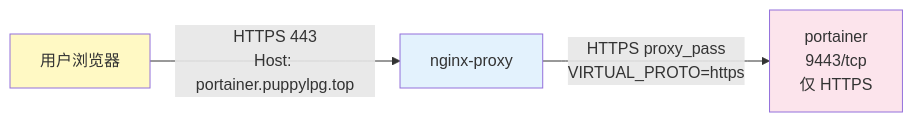
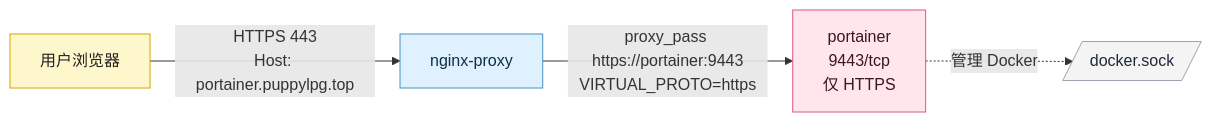
Before and after one commit to puppylpg/puppylpg.github.io: the sixth of 10 diagrams in _ai/2026-06-08-vps-docker-panorama-v2ray-v4-to-v5-upgrade.md, drawn with Mermaid. The commit also changed other lines of this file, not shown here.

Commit message:
docs: optimize Mermaid diagrams for VPS Docker overview

````diff
--- a/_ai/2026-06-08-vps-docker-panorama-v2ray-v4-to-v5-upgrade.md
+++ b/_ai/2026-06-08-vps-docker-panorama-v2ray-v4-to-v5-upgrade.md
@@ -111,9 +195,20 @@
 ```mermaid
 flowchart LR
-    A[用户浏览器] -->|HTTPS 443<br/>Host: portainer.puppylpg.top| B[nginx-proxy]
-    B -->|HTTPS proxy_pass<br/>VIRTUAL_PROTO=https| C[portainer<br/>9443/tcp<br/>仅 HTTPS]
+    browser[用户浏览器]
+    proxy[nginx-proxy]
+    portainer[portainer<br/>9443/tcp<br/>仅 HTTPS]
+    docker_sock[/docker.sock/]
 
-    style A fill:#fff9c4
-    style B fill:#e3f2fd
-    style C fill:#fce4ec
+    browser -->|HTTPS 443<br/>Host: portainer.puppylpg.top| proxy
+    proxy -->|proxy_pass https://portainer:9443<br/>VIRTUAL_PROTO=https| portainer
+    portainer -. 管理 Docker .-> docker_sock
+
+    classDef user fill:#fff7cc,stroke:#d6a500,color:#222;
+    classDef gateway fill:#dff1ff,stroke:#4a90c2,color:#0f2f44;
+    classDef app fill:#ffe5ec,stroke:#d85a7f,color:#3b1723;
+    classDef socket fill:#f4f4f5,stroke:#9ca3af,color:#1f2937;
+    class browser user;
+    class proxy gateway;
+    class portainer app;
+    class docker_sock socket;
 ```
````
